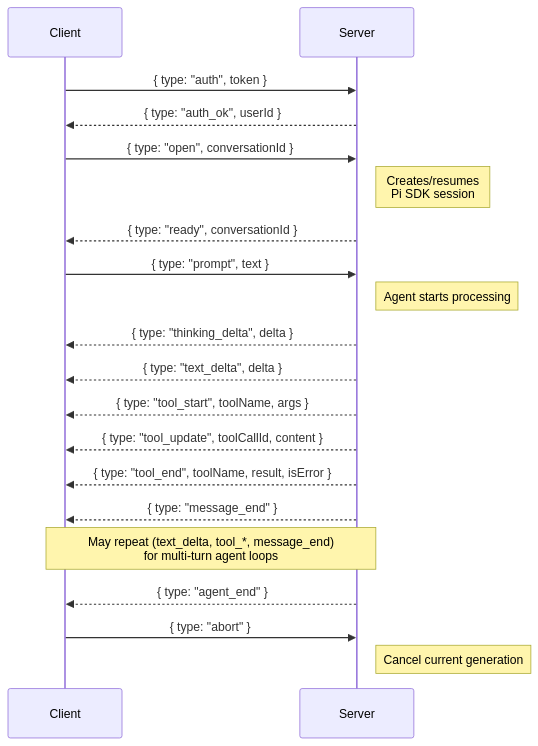
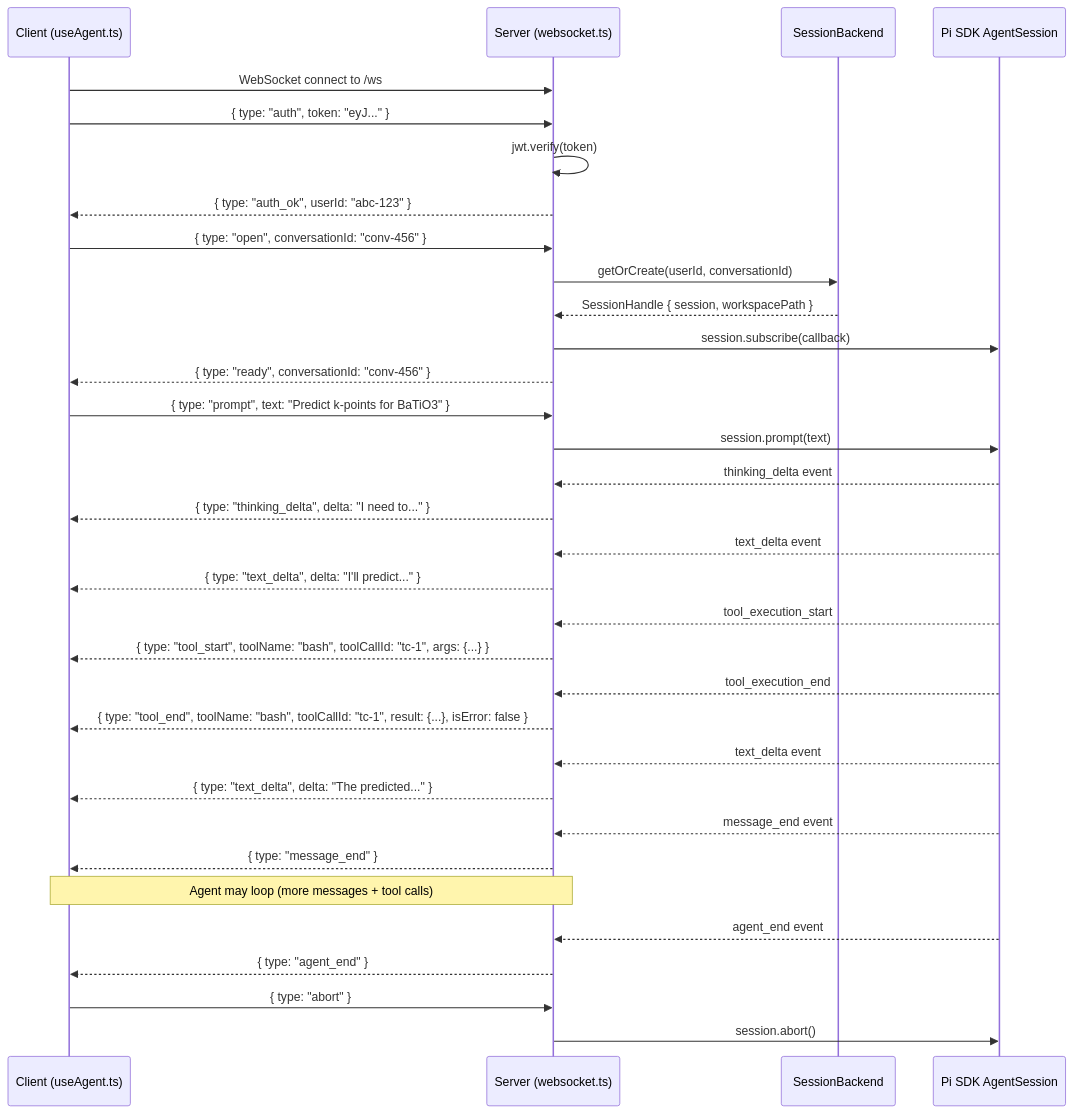
Before and after one commit to sigilmakes/goldilocks-app: the diagram in docs/API.md, drawn with Mermaid. The commit also changed other lines of this file and 8 other files, not shown here.

````diff
--- a/docs/API.md
+++ b/docs/API.md
@@ -661,29 +392,47 @@
 ```mermaid
 sequenceDiagram
-    participant C as Client
-    participant S as Server
+    participant C as Client (useAgent.ts)
+    participant S as Server (websocket.ts)
+    participant B as SessionBackend
+    participant P as Pi SDK AgentSession
 
-    C->>S: { type: "auth", token }
-    S-->>C: { type: "auth_ok", userId }
+    C->>S: WebSocket connect to /ws
+    C->>S: { type: "auth", token: "eyJ..." }
+    S->>S: jwt.verify(token)
+    S-->>C: { type: "auth_ok", userId: "abc-123" }
 
-    C->>S: { type: "open", conversationId }
-    Note right of S: Creates/resumes<br/>Pi SDK session
-    S-->>C: { type: "ready", conversationId }
+    C->>S: { type: "open", conversationId: "conv-456" }
+    S->>B: getOrCreate(userId, conversationId)
+    B-->>S: SessionHandle { session, workspacePath }
+    S->>P: session.subscribe(callback)
+    S-->>C: { type: "ready", conversationId: "conv-456" }
 
-    C->>S: { type: "prompt", text }
-    Note right of S: Agent starts processing
+    C->>S: { type: "prompt", text: "Predict k-points for BaTiO3" }
+    S->>P: session.prompt(text)
 
-    S-->>C: { type: "thinking_delta", delta }
-    S-->>C: { type: "text_delta", delta }
-    S-->>C: { type: "tool_start", toolName, args }
-    S-->>C: { type: "tool_update", toolCallId, content }
-    S-->>C: { type: "tool_end", toolName, result, isError }
+    P-->>S: thinking_delta event
+    S-->>C: { type: "thinking_delta", delta: "I need to..." }
+
+    P-->>S: text_delta event
+    S-->>C: { type: "text_delta", delta: "I'll predict..." }
+
+    P-->>S: tool_execution_start
+    S-->>C: { type: "tool_start", toolName: "bash", toolCallId: "tc-1", args: {...} }
+
+    P-->>S: tool_execution_end
+    S-->>C: { type: "tool_end", toolName: "bash", toolCallId: "tc-1", result: {...}, isError: false }
+
+    P-->>S: text_delta event
+    S-->>C: { type: "text_delta", delta: "The predicted..." }
+
+    P-->>S: message_end event
     S-->>C: { type: "message_end" }
 
-    Note over C,S: May repeat (text_delta, tool_*, message_end)<br/>for multi-turn agent loops
+    Note over C,S: Agent may loop (more messages + tool calls)
 
+    P-->>S: agent_end event
     S-->>C: { type: "agent_end" }
 
     C->>S: { type: "abort" }
-    Note right of S: Cancel current generation
+    S->>P: session.abort()
 ```
````
